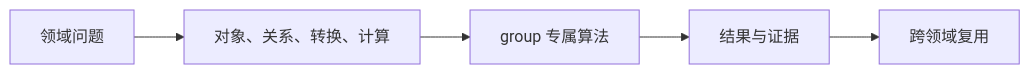
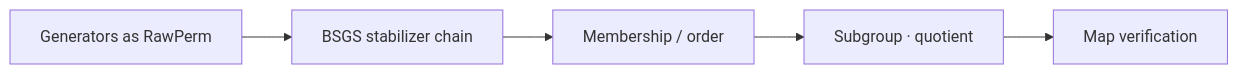
Before and after one commit to ai4waifu/athena.rs: the first of 2 diagrams in projects/athena-engine/src/domains/group/readme.md, drawn with Mermaid. The commit also changed other lines of this file and 21 other files, not shown here.

````diff
--- a/projects/athena-engine/src/domains/group/readme.md
+++ b/projects/athena-engine/src/domains/group/readme.md
@@ -15,7 +15,7 @@
 ```mermaid
 flowchart LR
-    Problem["领域问题"] --> Decompose["对象、关系、转换、计算"]
-    Decompose --> Algorithm["group 专属算法"]
-    Algorithm --> Evidence["结果与证据"]
-    Evidence --> Cross["跨领域复用"]
+ G["Generators as RawPerm"] --> B["BSGS stabilizer chain"]
+ B --> M["Membership / order"]
+ M --> H["Subgroup · quotient"]
+ H --> V["Map verification"]
 ```
````
